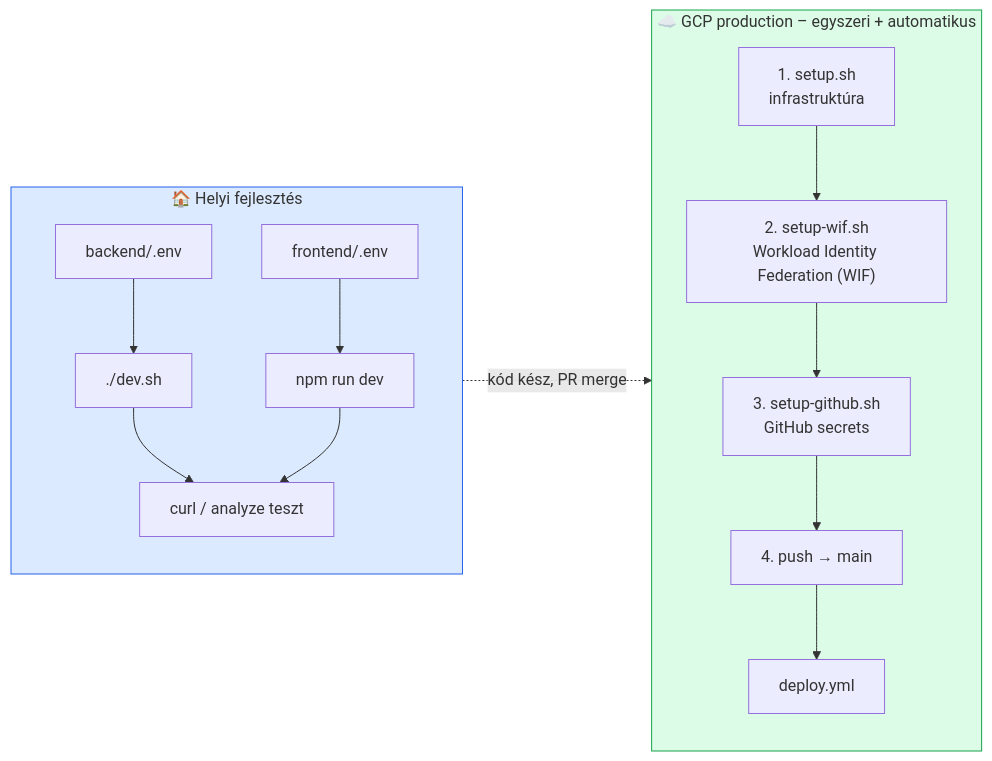
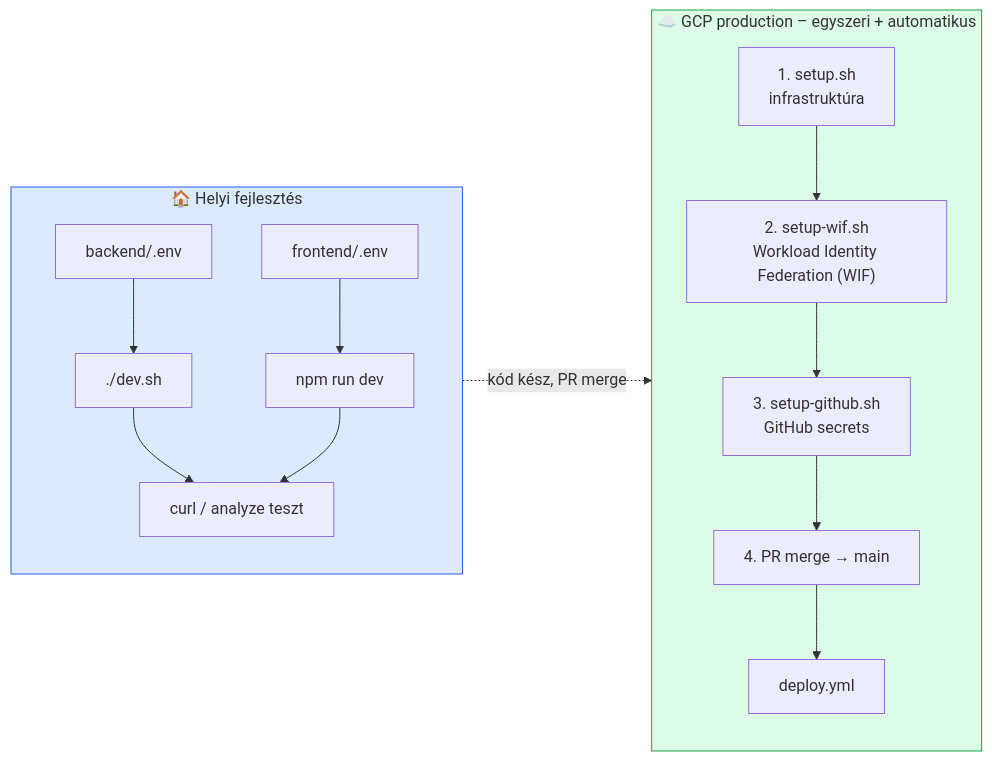
Before and after one commit to cloudsteak/trn-gcp-ai-contract-analyzer: the third of 6 diagrams in README.md, drawn with Mermaid. The commit also changed other lines of this file, not shown here.

Commit message:
Update README to clarify deployment process by changing references from "git push main" to "PR merge → main" for improved accuracy in CI/CD workflow documentation.

````diff
--- a/README.md
+++ b/README.md
@@ -387,23 +387,23 @@
 ```mermaid
 flowchart LR
     subgraph Local["🏠 Helyi fejlesztés"]
         L1["backend/.env"] --> L2["./dev.sh"]
         L3["frontend/.env"] --> L4["npm run dev"]
         L2 --> L5["curl / analyze teszt"]
         L4 --> L5
     end
 
     subgraph GCP["☁️ GCP production – egyszeri + automatikus"]
         S1["1. setup.sh<br/>infrastruktúra"] --> S2["2. setup-wif.sh<br/>Workload Identity Federation (WIF)"]
         S2 --> S3["3. setup-github.sh<br/>GitHub secrets"]
-        S3 --> S4["4. push → main"]
+        S3 --> S4["4. PR merge → main"]
         S4 --> S5["deploy.yml"]
     end
 
     Local -.->|"kód kész, PR merge"| GCP
 
     classDef local fill:#DBEAFE,stroke:#2563EB
     classDef gcp fill:#DCFCE7,stroke:#16A34A
     class Local local
     class GCP gcp
 ```
````
